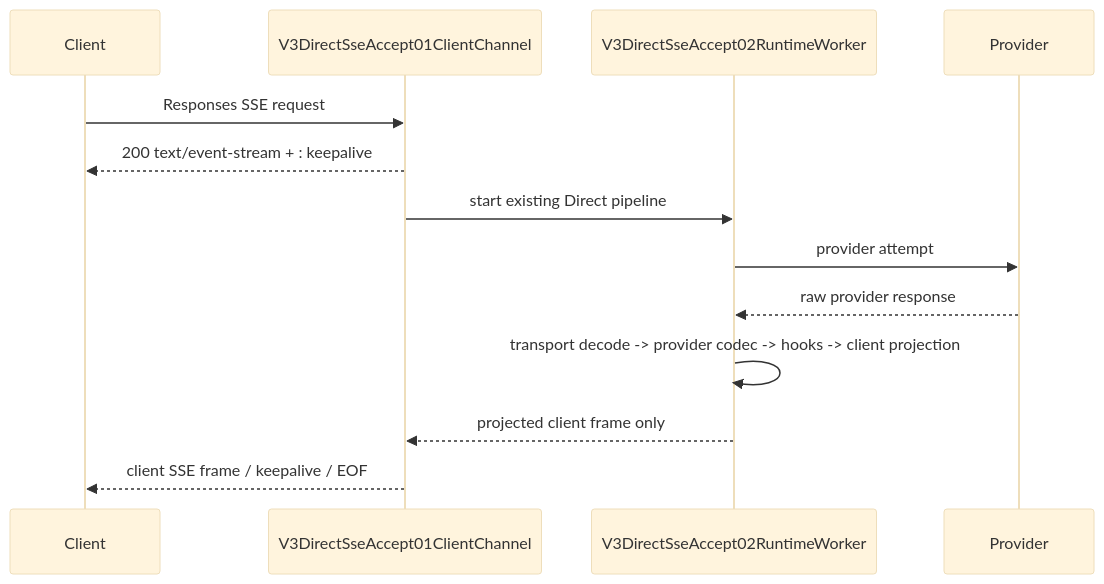
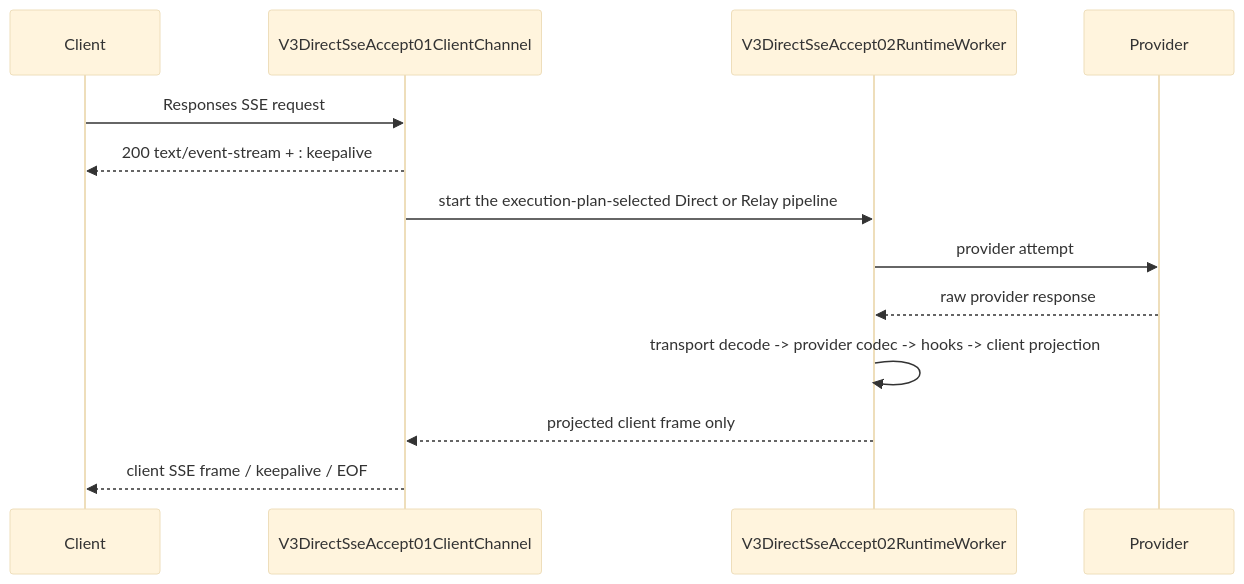
The diagram in docs/architecture/wiki/v3-direct-sse-accept-skeleton.md (Jasonzhangf/routecodex), drawn with Mermaid (base theme) before and after one commit. The commit also changed other lines of this file and 14 other files, not shown here.

````diff
--- a/docs/architecture/wiki/v3-direct-sse-accept-skeleton.md
+++ b/docs/architecture/wiki/v3-direct-sse-accept-skeleton.md
@@ -7,16 +8,16 @@
 ```mermaid
 sequenceDiagram
   participant C as Client
   participant A as V3DirectSseAccept01ClientChannel
   participant W as V3DirectSseAccept02RuntimeWorker
   participant P as Provider
 
   C->>A: Responses SSE request
   A-->>C: 200 text/event-stream + : keepalive
-  A->>W: start existing Direct pipeline
+  A->>W: start the execution-plan-selected Direct or Relay pipeline
   W->>P: provider attempt
   P-->>W: raw provider response
   W->>W: transport decode -> provider codec -> hooks -> client projection
   W-->>A: projected client frame only
   A-->>C: client SSE frame / keepalive / EOF
 ```
````
